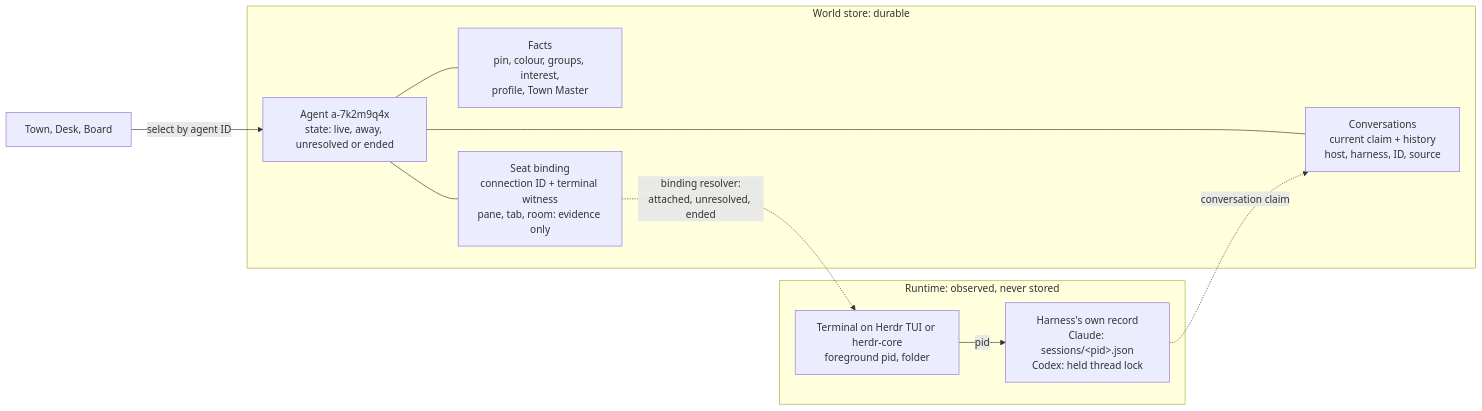
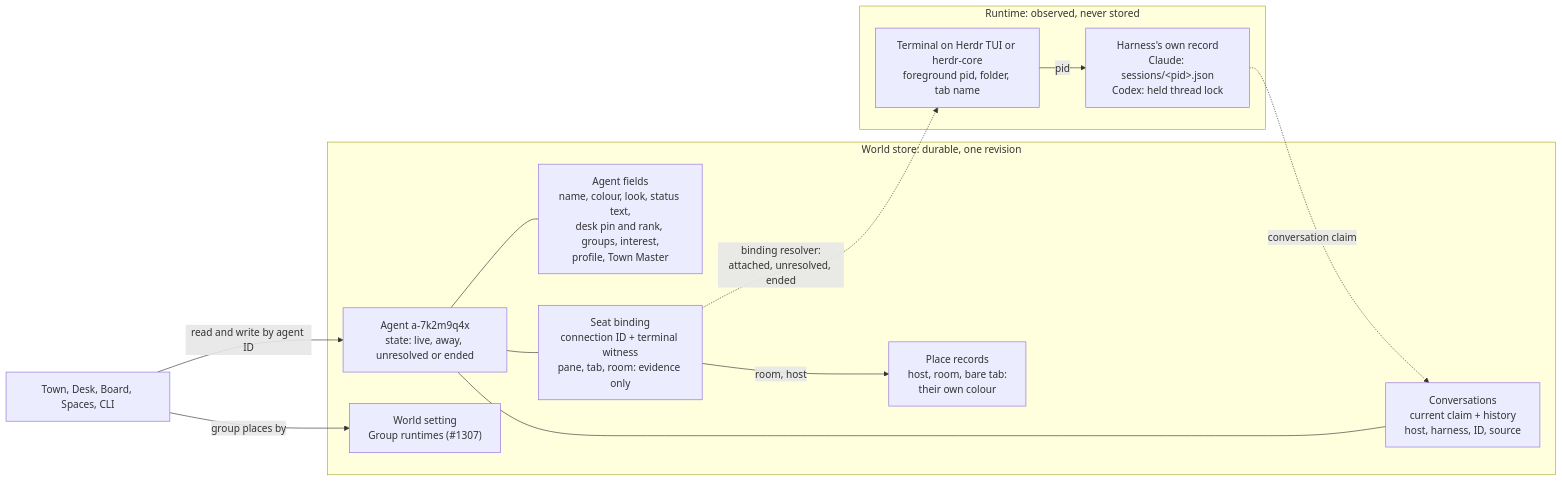
The diagram in openspec/changes/world-agent-identity/design.md (IvoryHeart/herdr-world), drawn with Mermaid before and after one commit. The commit also changed other lines of this file and 4 other files, not shown here.

First line of the commit message:
docs(openspec): make the agent record the one home for every agent detail

````diff
--- a/openspec/changes/world-agent-identity/design.md
+++ b/openspec/changes/world-agent-identity/design.md
@@ -12,20 +17,24 @@
 ```mermaid
 flowchart LR
-  subgraph W["World store: durable"]
+  subgraph W["World store: durable, one revision"]
     A["Agent a-7k2m9q4x<br/>state: live, away, unresolved or ended"]
-    F["Facts<br/>pin, colour, groups, interest,<br/>profile, Town Master"]
+    F["Agent fields<br/>name, colour, look, status text,<br/>desk pin and rank, groups, interest,<br/>profile, Town Master"]
     C["Conversations<br/>current claim + history<br/>host, harness, ID, source"]
     S["Seat binding<br/>connection ID + terminal witness<br/>pane, tab, room: evidence only"]
+    P["Place records<br/>host, room, bare tab:<br/>their own colour"]
+    G["World setting<br/>Group runtimes (#1307)"]
   end
   subgraph R["Runtime: observed, never stored"]
-    T["Terminal on Herdr TUI or herdr-core<br/>foreground pid, folder"]
+    T["Terminal on Herdr TUI or herdr-core<br/>foreground pid, folder, tab name"]
     H["Harness's own record<br/>Claude: sessions/&lt;pid&gt;.json<br/>Codex: held thread lock"]
   end
-  V["Town, Desk, Board"] -- "select by agent ID" --> A
+  V["Town, Desk, Board, Spaces, CLI"] -- "read and write by agent ID" --> A
+  V -- "group places by" --> G
   A --- F
   A --- C
   A --- S
+  S -- "room, host" --> P
   S -. "binding resolver:<br/>attached, unresolved, ended" .-> T
   T -- pid --> H
   H -. "conversation claim" .-> C
 ```
````
